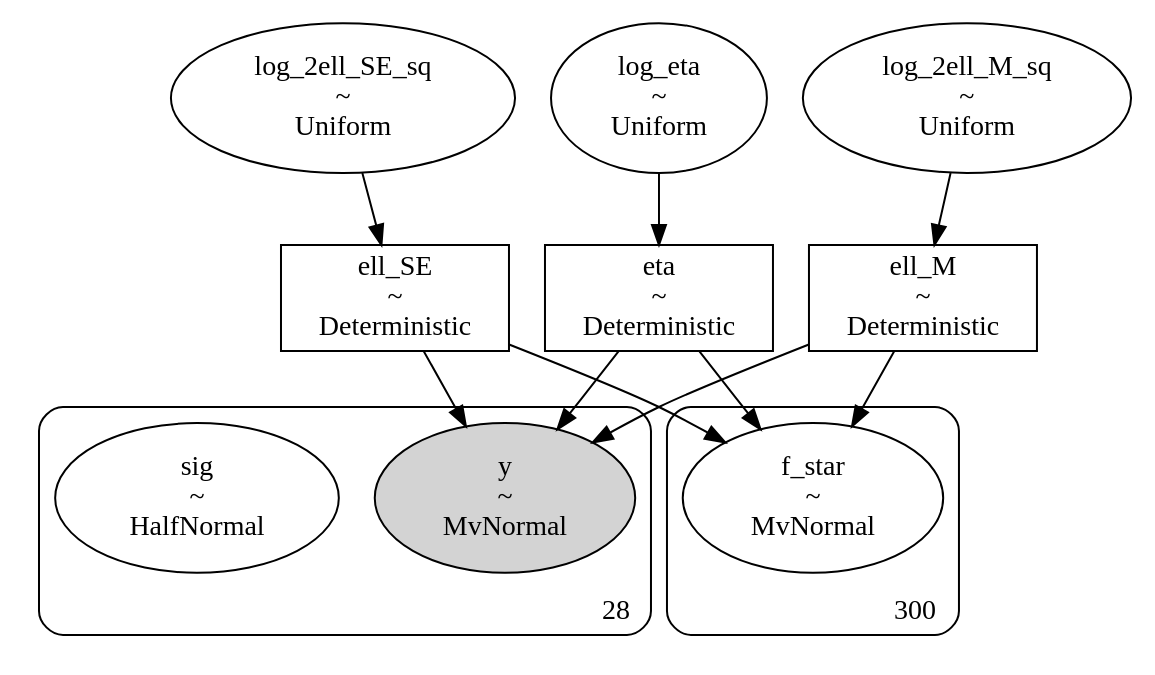
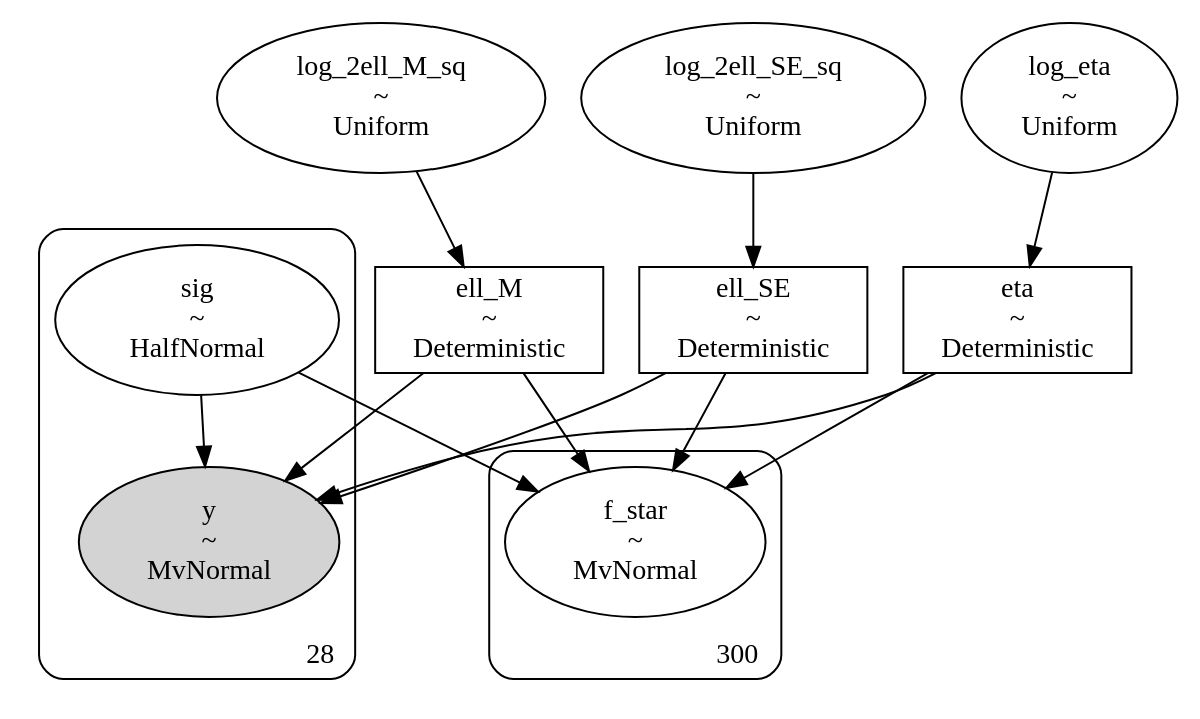
One commit to shihchingfu/gp-sandbox-thunderkat changed the diagram in dags/80_ra271.352_dec-29.642_MAXIJ1803TraPDB_andersson_se+m32_dag.dot. Above: the diagram before and after it, drawn with Graphviz. The commit also changed 12 other files, not shown here.

```diff
--- a/dags/80_ra271.352_dec-29.642_MAXIJ1803TraPDB_andersson_se+m32_dag.dot
+++ b/dags/80_ra271.352_dec-29.642_MAXIJ1803TraPDB_andersson_se+m32_dag.dot
@@ -1,44 +1,46 @@
 digraph {
 	ell_SE [label="ell_SE
 ~
 Deterministic" shape=box]
 	eta [label="eta
-~
-Deterministic" shape=box]
-	ell_M [label="ell_M
 ~
 Deterministic" shape=box]
 	log_2ell_M_sq [label="log_2ell_M_sq
 ~
 Uniform" shape=ellipse]
 	log_2ell_SE_sq [label="log_2ell_SE_sq
 ~
 Uniform" shape=ellipse]
+	ell_M [label="ell_M
+~
+Deterministic" shape=box]
 	log_eta [label="log_eta
 ~
 Uniform" shape=ellipse]
 	subgraph cluster28 {
+		sig [label="sig
+~
+HalfNormal" shape=ellipse]
 		y [label="y
 ~
 MvNormal" shape=ellipse style=filled]
-		sig [label="sig
-~
-HalfNormal" shape=ellipse]
 		label=28 labeljust=r labelloc=b style=rounded
 	}
 	subgraph cluster300 {
 		f_star [label="f_star
 ~
 MvNormal" shape=ellipse]
 		label=300 labeljust=r labelloc=b style=rounded
 	}
 	log_2ell_SE_sq -> ell_SE
 	log_2ell_M_sq -> ell_M
 	log_eta -> eta
+	sig -> y
+	ell_SE -> y
 	eta -> y
-	ell_SE -> y
 	ell_M -> y
+	sig -> f_star
+	ell_SE -> f_star
 	eta -> f_star
-	ell_SE -> f_star
 	ell_M -> f_star
 }
```
